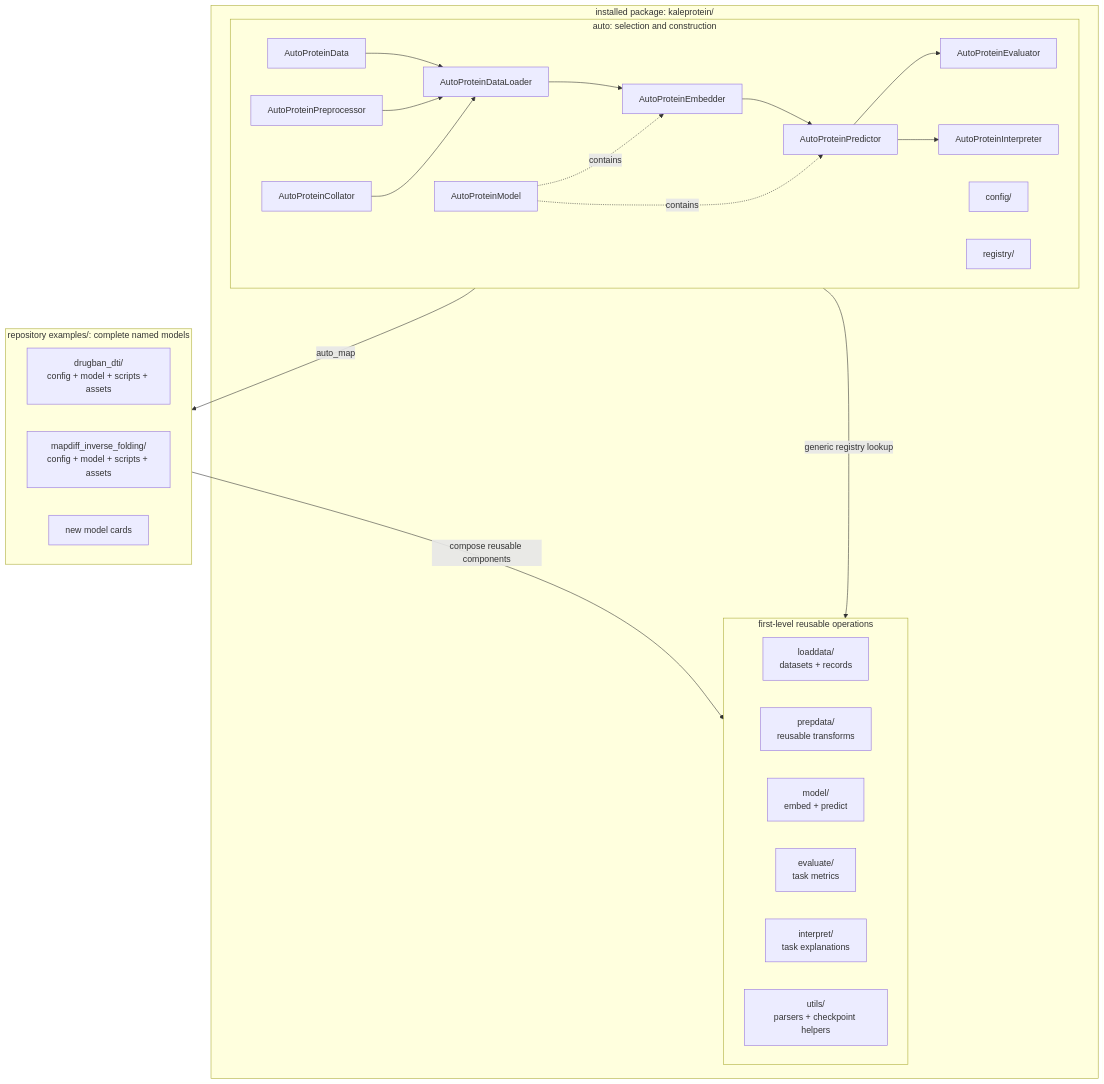
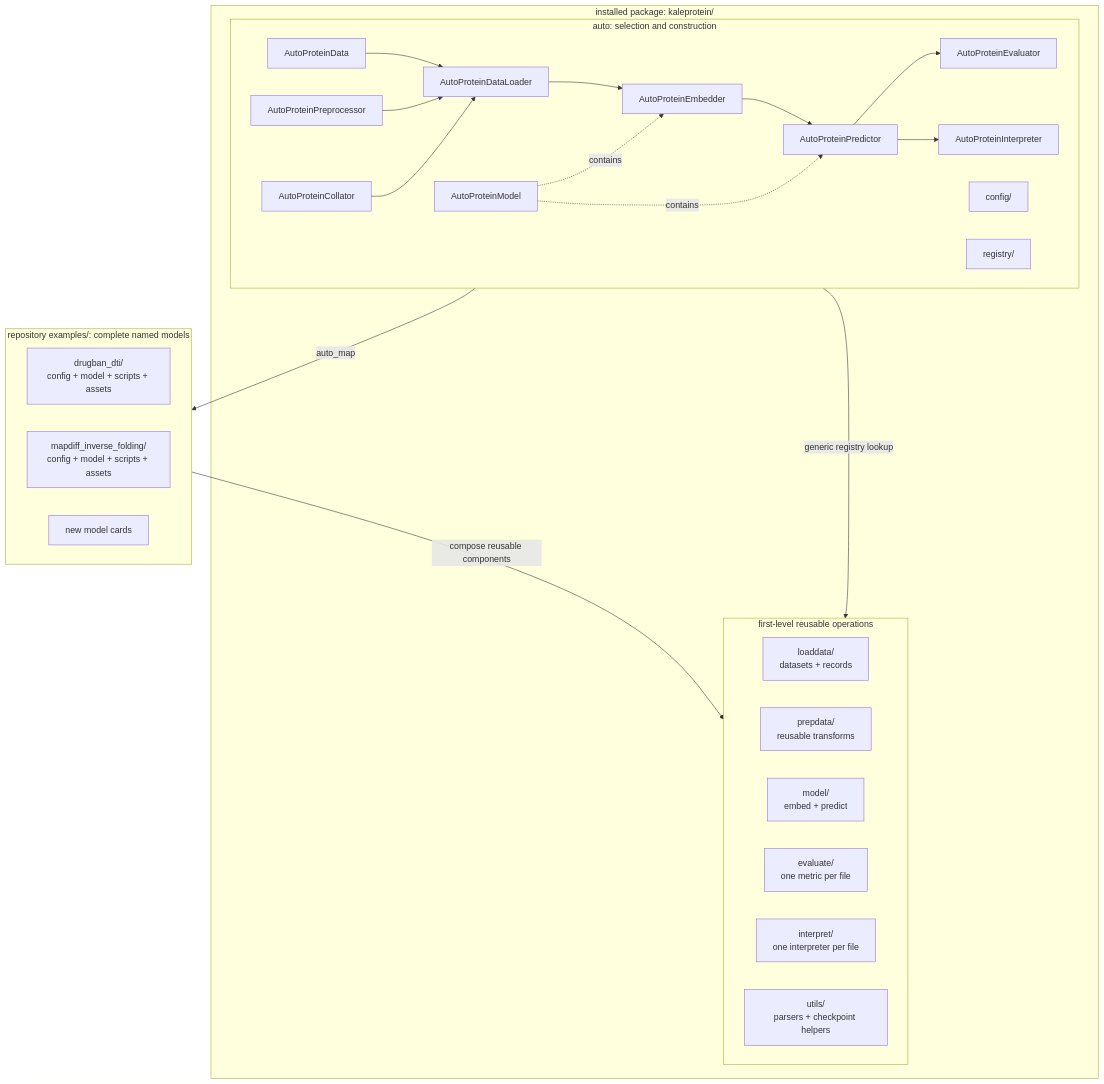
The first of 3 diagrams in docs/architecture.md (pykale/protein), drawn with Mermaid before and after one commit. The commit also changed other lines of this file and 31 other files, not shown here.

````diff
--- a/docs/architecture.md
+++ b/docs/architecture.md
@@ -26,48 +26,48 @@
 ```mermaid
 flowchart TB
     subgraph PACKAGE["installed package: kaleprotein/"]
       subgraph OPERATIONS["first-level reusable operations"]
         direction LR
         LOAD_DATA["loaddata/<br/>datasets + records"]
         PREP_DATA["prepdata/<br/>reusable transforms"]
         MODEL_COMPONENTS["model/<br/>embed + predict"]
-        EVALUATE["evaluate/<br/>task metrics"]
-        INTERPRET["interpret/<br/>task explanations"]
+        EVALUATE["evaluate/<br/>one metric per file"]
+        INTERPRET["interpret/<br/>one interpreter per file"]
         UTILS["utils/<br/>parsers + checkpoint helpers"]
       end
 
       subgraph AUTO["auto: selection and construction"]
         direction LR
         DATA["AutoProteinData"]
         PREP["AutoProteinPreprocessor"]
         COLLATE["AutoProteinCollator"]
         LOADER["AutoProteinDataLoader"]
         MODEL["AutoProteinModel"]
         EMBED["AutoProteinEmbedder"]
         PREDICT["AutoProteinPredictor"]
         EVAL["AutoProteinEvaluator"]
         INTERP["AutoProteinInterpreter"]
         CONFIG["config/"]
         REGISTRY["registry/"]
         DATA --> LOADER
         PREP --> LOADER
         COLLATE --> LOADER
         LOADER --> EMBED --> PREDICT
         PREDICT --> EVAL
         PREDICT --> INTERP
         MODEL -.->|"contains"| EMBED
         MODEL -.->|"contains"| PREDICT
       end
     end
 
     subgraph EXAMPLES["repository examples/: complete named models"]
         direction LR
         DRUGBAN["drugban_dti/<br/>config + model + scripts + assets"]
         MAPDIFF["mapdiff_inverse_folding/<br/>config + model + scripts + assets"]
         MORE["new model cards"]
     end
 
     AUTO -->|"generic registry lookup"| OPERATIONS
     MODEL -->|"auto_map"| EXAMPLES
     EXAMPLES -->|"compose reusable components"| OPERATIONS
 ```
````
